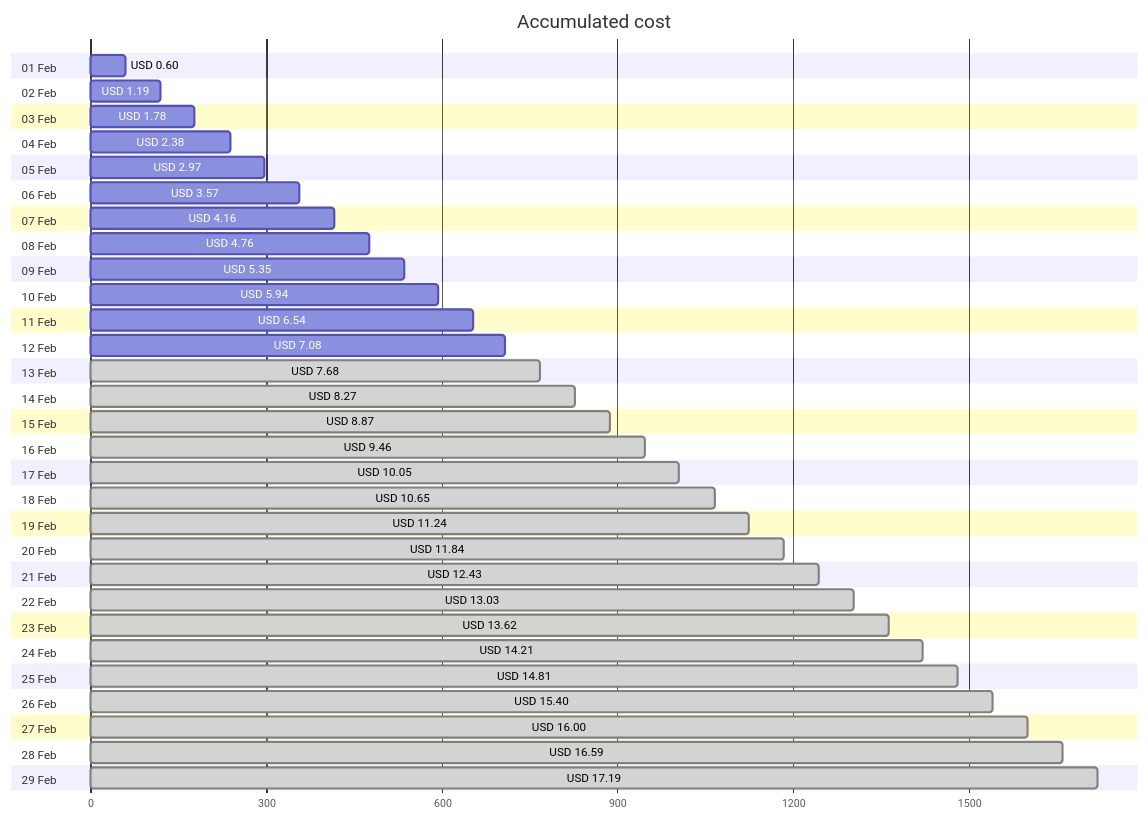
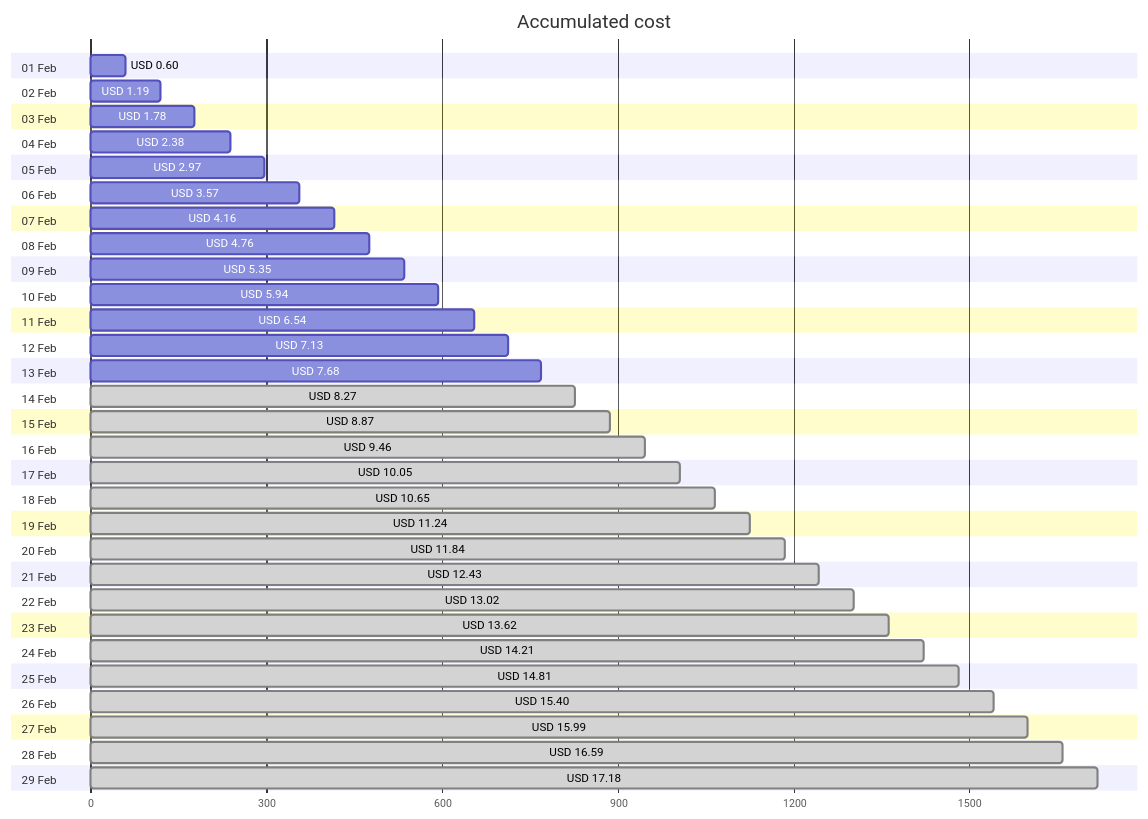
One commit to jpfulton/azure-personal-reports changed the first of 4 diagrams in cost-reports/personal-site/README.md. Above: the diagram before and after it, drawn with Mermaid. The commit also changed other lines of this file and 6 other files, not shown here.

````diff
--- a/cost-reports/personal-site/README.md
+++ b/cost-reports/personal-site/README.md
@@ -20,64 +20,64 @@
 ```mermaid
 gantt
    title Accumulated cost
    dateFormat  X
    axisFormat %s
    section 01 Feb
    USD 0.60 :0, 60
    section 02 Feb
    USD 1.19 :0, 119
    section 03 Feb
    USD 1.78 :0, 178
    section 04 Feb
    USD 2.38 :0, 238
    section 05 Feb
    USD 2.97 :0, 297
    section 06 Feb
    USD 3.57 :0, 357
    section 07 Feb
    USD 4.16 :0, 416
    section 08 Feb
    USD 4.76 :0, 476
    section 09 Feb
    USD 5.35 :0, 535
    section 10 Feb
    USD 5.94 :0, 594
    section 11 Feb
    USD 6.54 :0, 654
    section 12 Feb
-   USD 7.08 :0, 708
+   USD 7.13 :0, 713
    section 13 Feb
-   USD 7.68 : done, 0, 768
+   USD 7.68 :0, 768
    section 14 Feb
    USD 8.27 : done, 0, 827
    section 15 Feb
    USD 8.87 : done, 0, 887
    section 16 Feb
    USD 9.46 : done, 0, 946
    section 17 Feb
    USD 10.05 : done, 0, 1005
    section 18 Feb
    USD 10.65 : done, 0, 1065
    section 19 Feb
    USD 11.24 : done, 0, 1124
    section 20 Feb
    USD 11.84 : done, 0, 1184
    section 21 Feb
    USD 12.43 : done, 0, 1243
    section 22 Feb
-   USD 13.03 : done, 0, 1303
+   USD 13.02 : done, 0, 1302
    section 23 Feb
    USD 13.62 : done, 0, 1362
    section 24 Feb
    USD 14.21 : done, 0, 1421
    section 25 Feb
    USD 14.81 : done, 0, 1481
    section 26 Feb
    USD 15.40 : done, 0, 1540
    section 27 Feb
-   USD 16.00 : done, 0, 1600
+   USD 15.99 : done, 0, 1599
    section 28 Feb
    USD 16.59 : done, 0, 1659
    section 29 Feb
-   USD 17.19 : done, 0, 1719
+   USD 17.18 : done, 0, 1718
 ```
````
